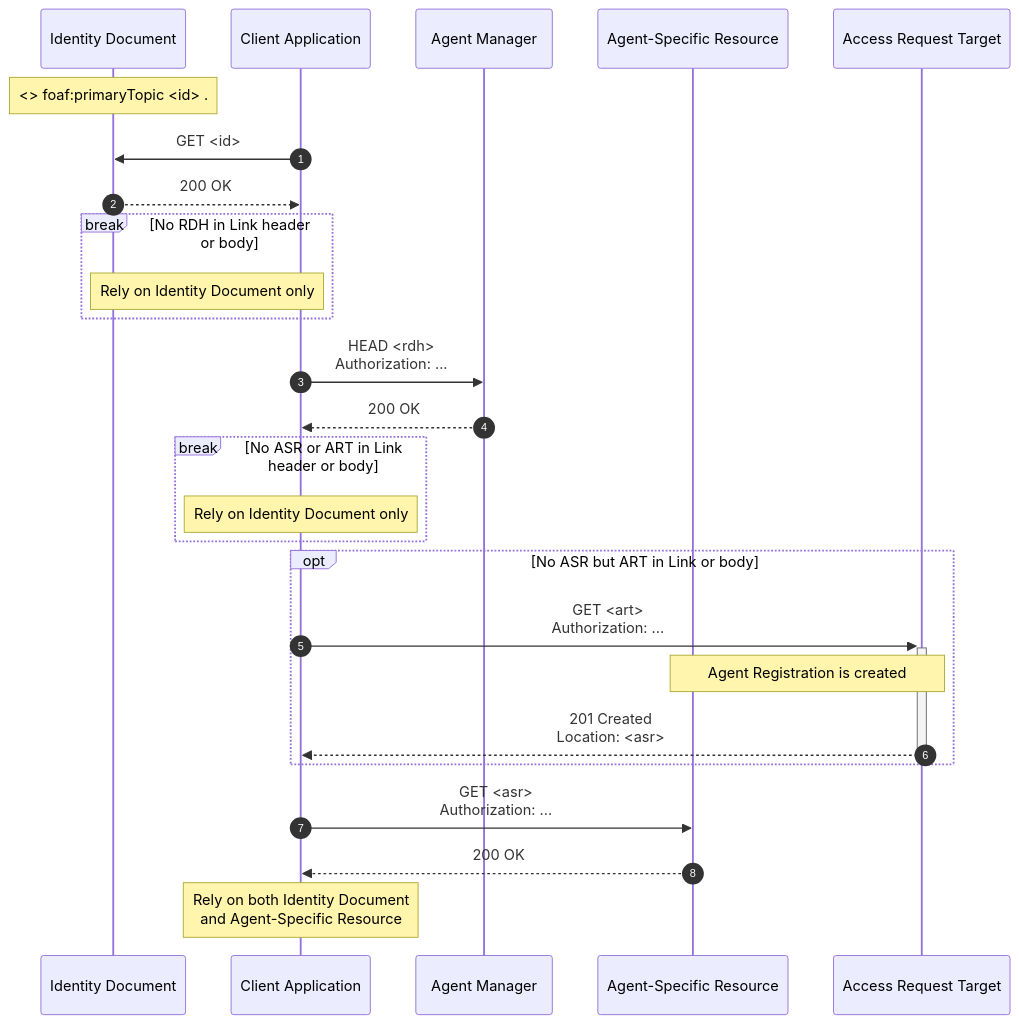
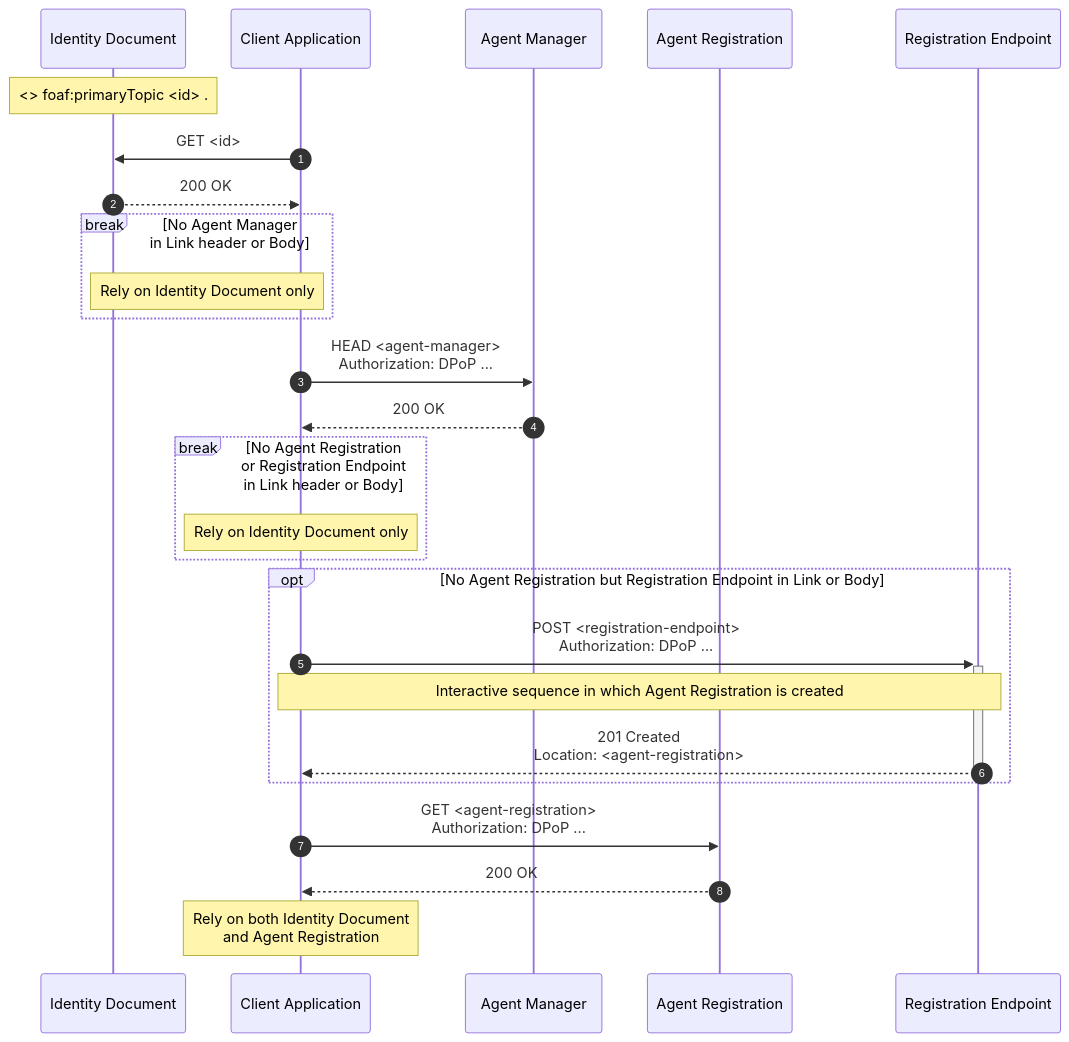
The diagram in proposals/specification/agent-management/diagrams/agent-management.seq.mmd (solid/data-interoperability-panel), drawn with Mermaid before and after one commit.

Commit message:
chore: update diagram terminology

```diff
--- a/proposals/specification/agent-management/diagrams/agent-management.seq.mmd
+++ b/proposals/specification/agent-management/diagrams/agent-management.seq.mmd
@@ -1,35 +1,35 @@
 sequenceDiagram
 
     autonumber
     
     participant ID as Identity Document
     participant App as Client Application
-    participant RDH as Agent Manager
-    participant AR as Agent-Specific Resource
-    participant ART as Access Request Target
+    participant AM as Agent Manager
+    participant AR as Agent Registration
+    participant RE as Registration Endpoint
     
     Note over ID: <> foaf:primaryTopic <id> .
     
     App->>ID: GET <id>
     ID-->>App: 200 OK
 
-    break No RDH in Link header or body
+    break No Agent Manager <br/> in Link header or Body
         Note over ID,App: Rely on Identity Document only
     end
     
-    App->>RDH: HEAD <rdh> <br/> Authorization: ...
-    RDH-->>App: 200 OK
+    App->>AM: HEAD <agent-manager> <br/> Authorization: DPoP ...
+    AM-->>App: 200 OK
 
-    break No ASR or ART in Link header or body
+    break No Agent Registration <br/> or Registration Endpoint<br/>in Link header or Body
         Note over App: Rely on Identity Document only
     end
 
-    opt No ASR but ART in Link or body
-        App->>+ART: GET <art> <br/> Authorization: ... 
-        Note over AR,ART: Agent Registration is created
-        ART-->>-App: 201 Created <br/> Location: <asr>
+    opt No Agent Registration but Registration Endpoint in Link or Body
+        App->>+RE: POST <registration-endpoint> <br/> Authorization: DPoP ... 
+        Note over App,RE: Interactive sequence in which Agent Registration is created
+        RE-->>-App: 201 Created <br/> Location: <agent-registration>
     end
 
-    App->>AR: GET <asr> <br/> Authorization: ...
+    App->>AR: GET <agent-registration> <br/> Authorization: DPoP ...
     AR-->>App: 200 OK
-    Note over App: Rely on both Identity Document <br/> and Agent-Specific Resource
+    Note over App: Rely on both Identity Document <br/> and Agent Registration
```
